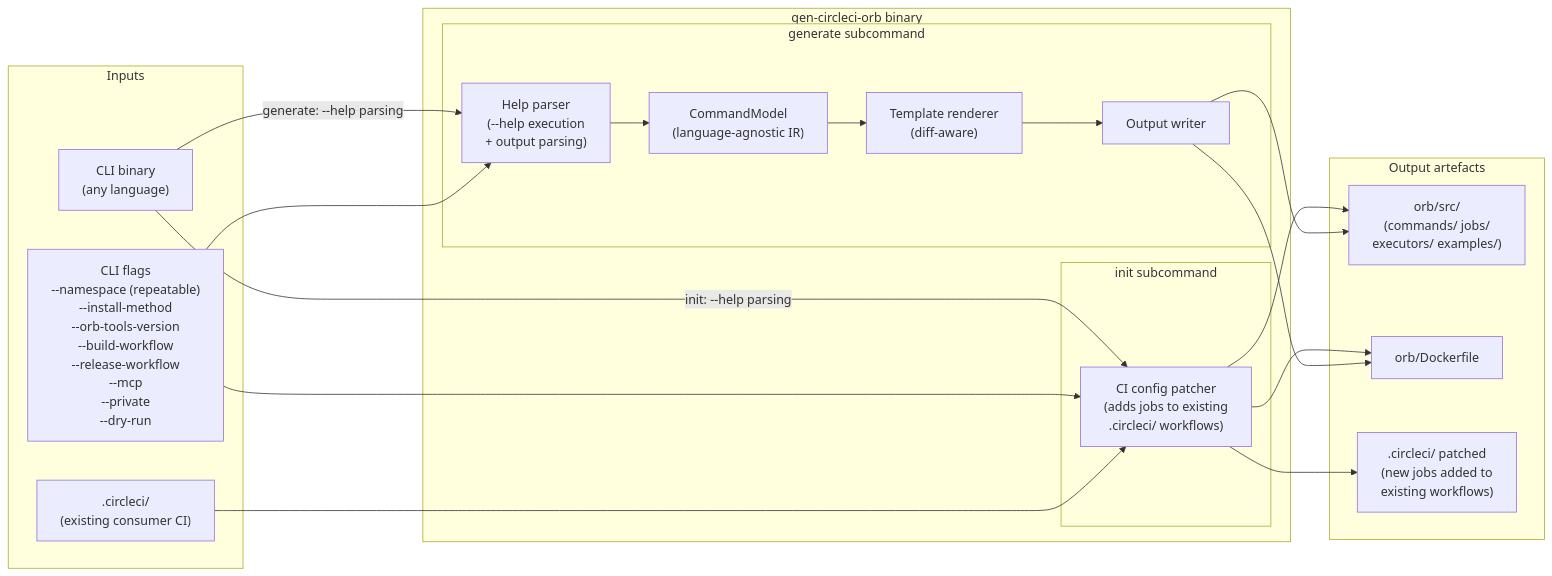
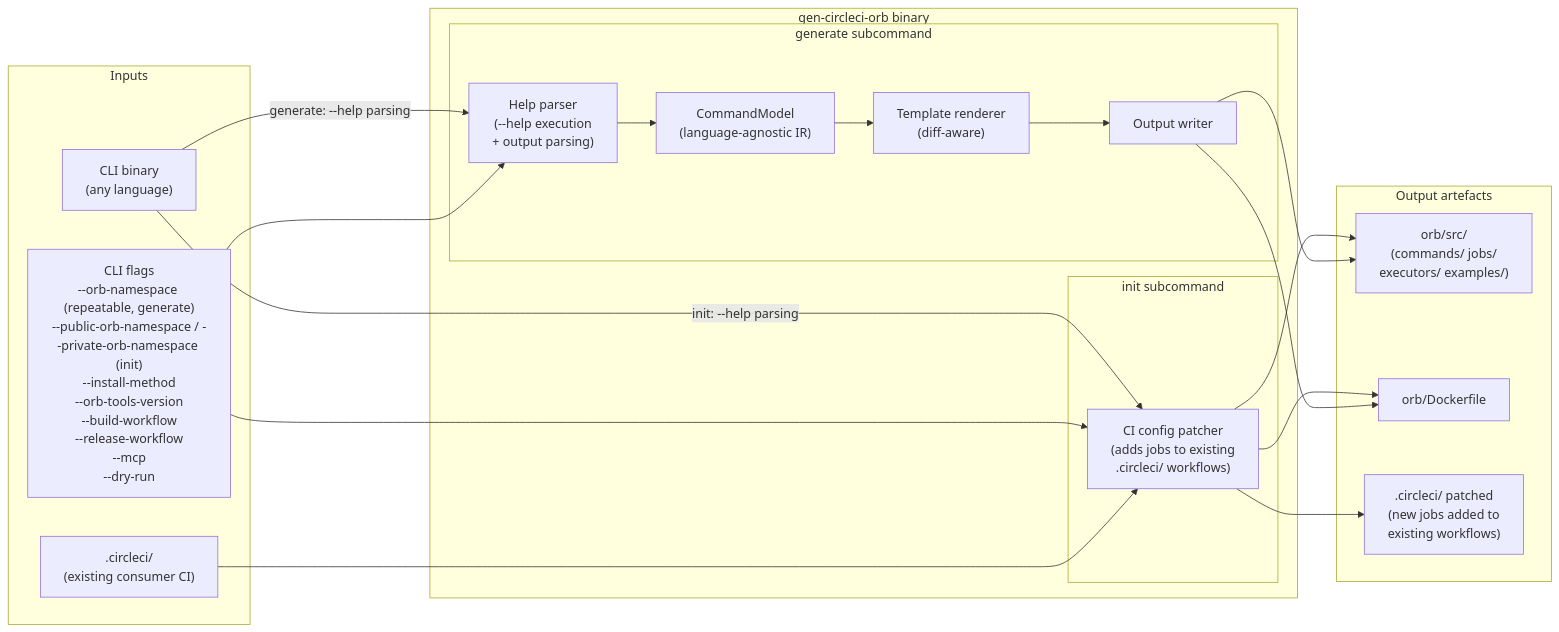
One commit to jerus-org/gen-circleci-orb changed the third of 3 diagrams in docs/design.md. Above: the diagram before and after it, drawn with Mermaid. The commit also changed other lines of this file and 6 other files, not shown here.

First line of the commit message:
refactor(generate): rename --namespace to --orb-namespace

````diff
--- a/docs/design.md
+++ b/docs/design.md
@@ -372,38 +372,38 @@
 ```mermaid
 flowchart LR
     subgraph "gen-circleci-orb binary"
         subgraph "init subcommand"
             INIT_PATCH["CI config patcher\n(adds jobs to existing\n.circleci/ workflows)"]
         end
         subgraph "generate subcommand"
             INTROSPECT["Help parser\n(--help execution\n+ output parsing)"]
             MODEL["CommandModel\n(language-agnostic IR)"]
             RENDER["Template renderer\n(diff-aware)"]
             OUTPUT["Output writer"]
         end
     end
 
     subgraph "Inputs"
         BIN["CLI binary\n(any language)"]
-        FLAGS["CLI flags\n--namespace (repeatable)\n--install-method\n--orb-tools-version\n--build-workflow\n--release-workflow\n--mcp\n--private\n--dry-run"]
+        FLAGS["CLI flags\n--orb-namespace (repeatable, generate)\n--public-orb-namespace / --private-orb-namespace (init)\n--install-method\n--orb-tools-version\n--build-workflow\n--release-workflow\n--mcp\n--dry-run"]
         EXISTING[".circleci/\n(existing consumer CI)"]
     end
 
     subgraph "Output artefacts"
         OA["orb/src/\n(commands/ jobs/\nexecutors/ examples/)"]
         OB["orb/Dockerfile"]
         OC[".circleci/ patched\n(new jobs added to\nexisting workflows)"]
     end
 
     BIN -->|"init: --help parsing"| INIT_PATCH
     FLAGS --> INIT_PATCH
     EXISTING --> INIT_PATCH
     INIT_PATCH --> OA & OB & OC
 
     BIN -->|"generate: --help parsing"| INTROSPECT
     FLAGS --> INTROSPECT
     INTROSPECT --> MODEL
     MODEL --> RENDER
     RENDER --> OUTPUT
     OUTPUT --> OA & OB
 ```
````
